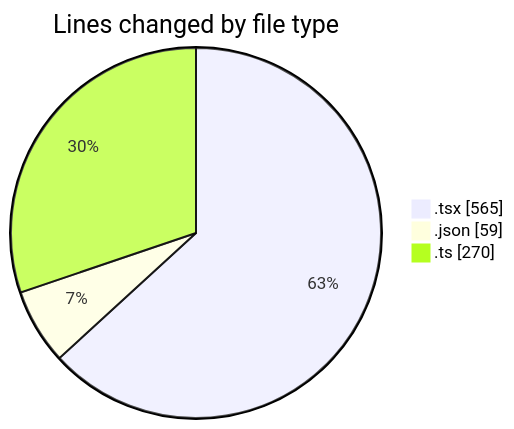
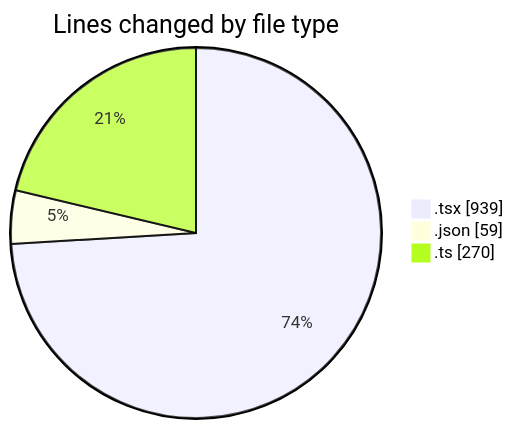
One commit to momahboobian/code-tracking changed the first of 2 diagrams in 2025-11-24/cda/README.md. Above: the diagram before and after it, drawn with Mermaid. The commit also changed other lines of this file and 1 other file, not shown here.

````diff
--- a/2025-11-24/cda/README.md
+++ b/2025-11-24/cda/README.md
@@ -25,7 +27,7 @@
 ```mermaid
 pie showData
 title Lines changed by file type
-".tsx" : 565
+".tsx" : 939
 ".json" : 59
 ".ts" : 270
 ```
````
